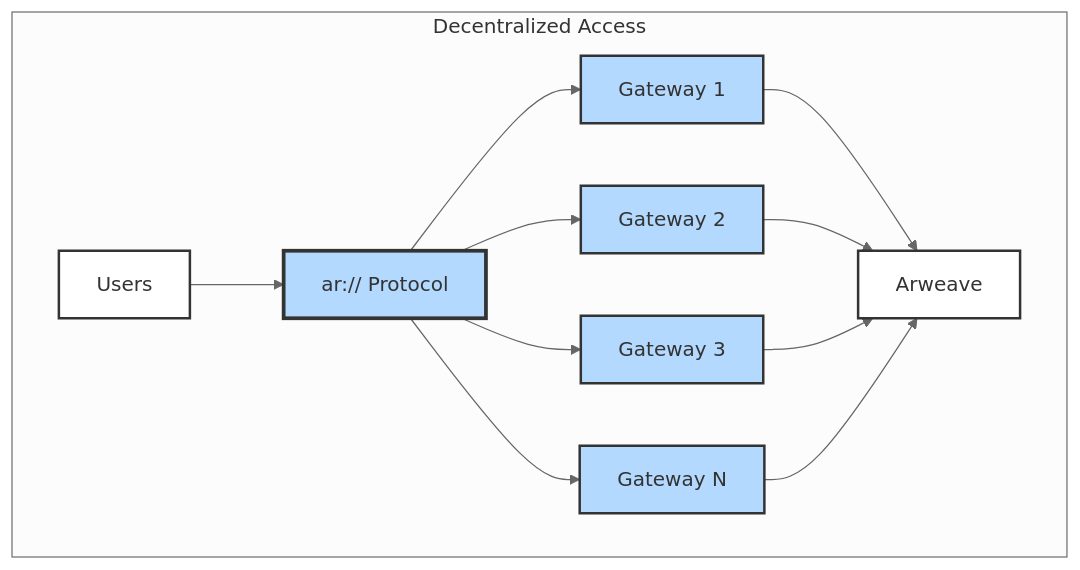
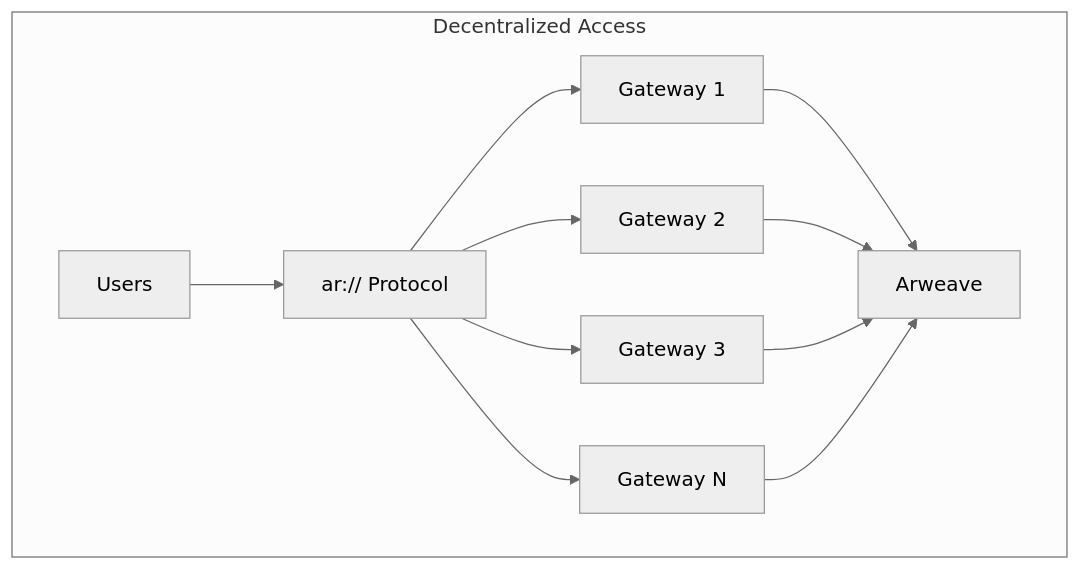
Before and after one commit to ar-io/docs: the second of 3 diagrams in content/learn/wayfinder/index.mdx, drawn with Mermaid (neutral theme). The commit also changed other lines of this file and 9 other files, not shown here.

First line of the commit message:
feat(docs): legible, on-brand diagrams

````diff
--- a/content/learn/wayfinder/index.mdx
+++ b/content/learn/wayfinder/index.mdx
@@ -45,23 +46,23 @@
 ```mermaid
 graph TB
     subgraph "Decentralized Access"
         U2[Users] --> WF[ar:// Protocol]
         WF --> G1[Gateway 1]
         WF --> G2[Gateway 2]
         WF --> G3[Gateway 3]
         WF --> GN[Gateway N]
         
         G1 --> AR2[Arweave]
         G2 --> AR2
         G3 --> AR2
         GN --> AR2
     end
     
-    style U2 fill:#fff,stroke:#333,stroke-width:2px,color:#333
-    style AR2 fill:#fff,stroke:#333,stroke-width:2px,color:#333
-    style WF fill:#b3d9ff,stroke:#333,stroke-width:3px,color:#333
-    style G1 fill:#b3d9ff,stroke:#333,stroke-width:2px,color:#333
-    style G2 fill:#b3d9ff,stroke:#333,stroke-width:2px,color:#333
-    style G3 fill:#b3d9ff,stroke:#333,stroke-width:2px,color:#333
-    style GN fill:#b3d9ff,stroke:#333,stroke-width:2px,color:#333
+    class U2 dg-muted
+    class AR2 dg-muted
+    class WF dg-soft
+    class G1 dg-soft
+    class G2 dg-soft
+    class G3 dg-soft
+    class GN dg-soft
 ```
````
